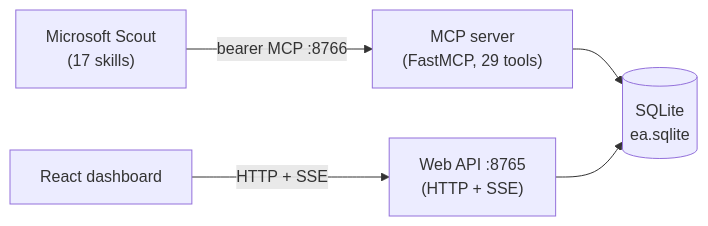
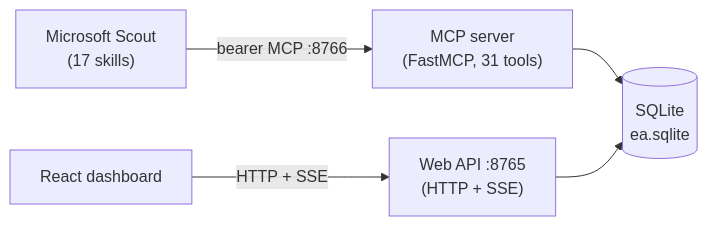
Before and after one commit to sgtslaughta/scout_ea: the diagram in website/docs/architecture.md, drawn with Mermaid. The commit also changed 3 other files, not shown here.

Commit message:
docs: reflect add_event/update_event (29 -> 31 MCP tools)

````diff
--- a/website/docs/architecture.md
+++ b/website/docs/architecture.md
@@ -5,7 +5,7 @@
 ```mermaid
 graph LR
-  Scout["Microsoft Scout<br/>(17 skills)"] -->|bearer MCP :8766| MCP["MCP server<br/>(FastMCP, 29 tools)"]
+  Scout["Microsoft Scout<br/>(17 skills)"] -->|bearer MCP :8766| MCP["MCP server<br/>(FastMCP, 31 tools)"]
   MCP --> DB[("SQLite<br/>ea.sqlite")]
   Web["Web API :8765<br/>(HTTP + SSE)"] --> DB
   UI["React dashboard"] -->|HTTP + SSE| Web
 ```
````
